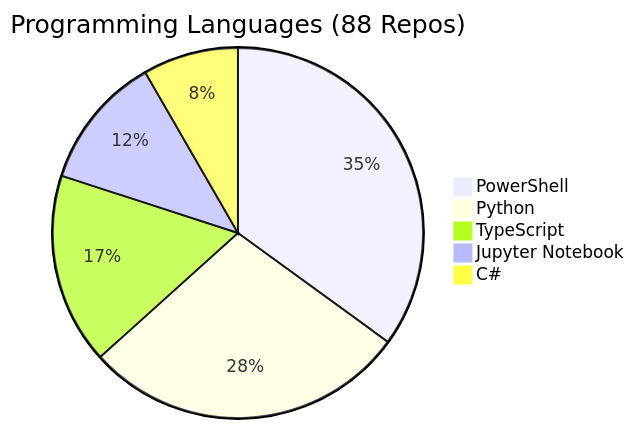
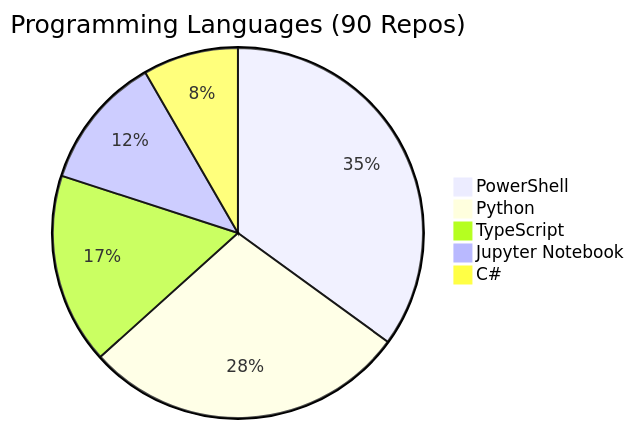
One commit to fabioc-aloha/fabioc-aloha changed the diagram in REPOS.md. Above: the diagram before and after it, drawn with Mermaid. The commit also changed other lines of this file and 1 other file, not shown here.

````diff
--- a/REPOS.md
+++ b/REPOS.md
@@ -131,8 +133,8 @@
 ```mermaid
-pie title Programming Languages (88 Repos)
+pie title Programming Languages (90 Repos)
     "PowerShell" : 21
     "Python" : 17
     "TypeScript" : 10
     "Jupyter Notebook" : 7
     "C#" : 5
 ```
````
